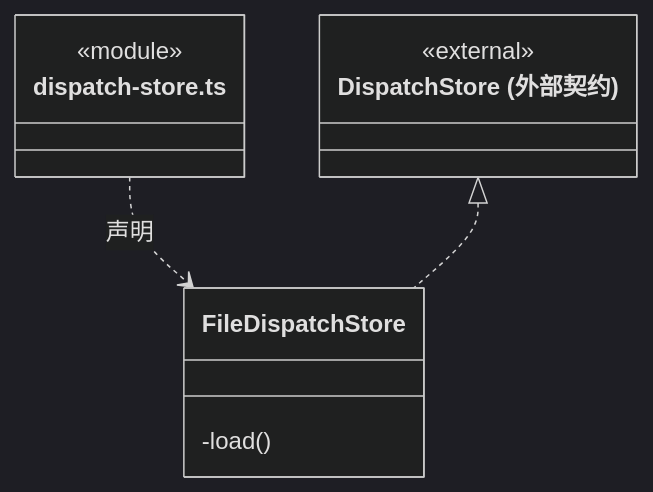
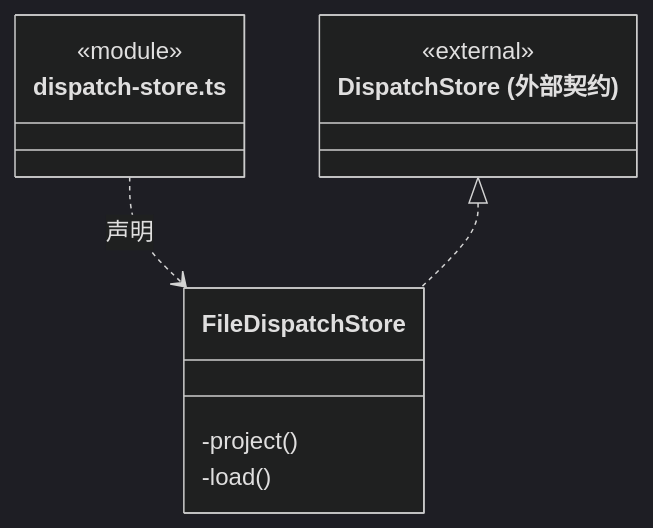
The ninth of 13 diagrams in src/backend/main/persistence/tasks/ARCHITECTURE.md (nan023062/cbim), drawn with Mermaid (dark theme) before and after one commit. The commit also changed other lines of this file and 68 other files, not shown here.

````diff
--- a/src/backend/main/persistence/tasks/ARCHITECTURE.md
+++ b/src/backend/main/persistence/tasks/ARCHITECTURE.md
@@ -242,14 +242,15 @@
 ```mermaid
 classDiagram
 class N_src_backend_main_persistence_tasks_dispatch_store_ts["dispatch-store.ts"] {
   <<module>>
 }
 class N_src_backend_main_persistence_tasks_dispatch_store_ts_FileDispatchStore["FileDispatchStore"] {
+  -project()
   -load()
 }
 N_src_backend_main_persistence_tasks_dispatch_store_ts ..> N_src_backend_main_persistence_tasks_dispatch_store_ts_FileDispatchStore : 声明
 class N_src_backend_main_persistence_tasks_dispatch_store_ts_external_DispatchStore["DispatchStore (外部契约)"] {
   <<external>>
 }
 N_src_backend_main_persistence_tasks_dispatch_store_ts_external_DispatchStore <|.. N_src_backend_main_persistence_tasks_dispatch_store_ts_FileDispatchStore
 ```
````
